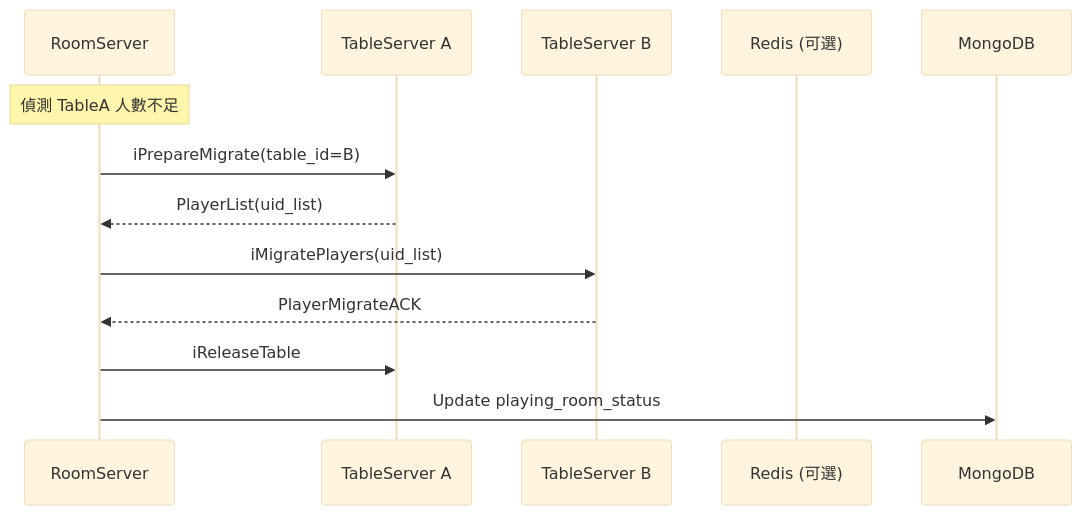
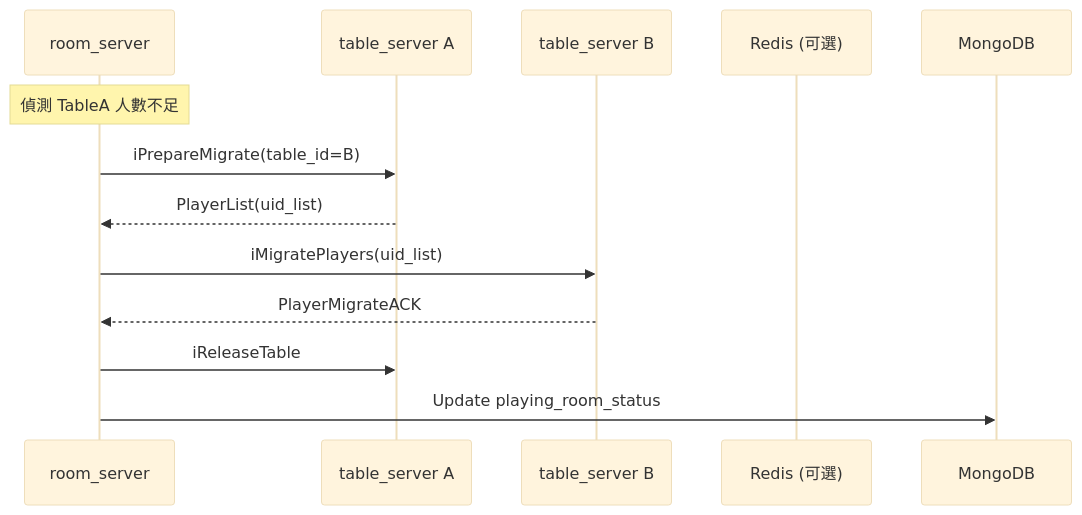
Before and after one commit to leeisman/poker_architecture: the second of 2 diagrams in tournament_flow.md, drawn with Mermaid (base theme). The commit also changed other lines of this file and 12 other files, not shown here.

````diff
--- a/tournament_flow.md
+++ b/tournament_flow.md
@@ -84,29 +84,29 @@
 ```mermaid
 sequenceDiagram
-    participant Room as RoomServer
-    participant TableA as TableServer A
-    participant TableB as TableServer B
+    participant Room as room_server
+    participant TableA as table_server A
+    participant TableB as table_server B
     participant Redis as Redis (可選)
     participant Mongo as MongoDB
 
     %% 1. 偵測到 TableA 人數低於閾值（如 < 3）
     Note over Room: 偵測 TableA 人數不足
 
     %% 2. Room 發送指令，準備遷移至 TableB
     Room->>TableA: iPrepareMigrate(table_id=B)
 
     %% 3. TableA 回傳待遷移玩家列表
     TableA-->>Room: PlayerList(uid_list)
 
     %% 4. Room 發送移動指令給 TableB
     Room->>TableB: iMigratePlayers(uid_list)
 
     %% 5. TableB 執行 addPlayer，準備座位與狀態同步
     TableB-->>Room: PlayerMigrateACK
 
     %% 6. Room 通知 TableA 清理該桌（或標記為待清除）
     Room->>TableA: iReleaseTable
 
     %% 7. Room 更新 Mongo 的桌子狀態資料
     Room->>Mongo: Update playing_room_status
 ```
````
